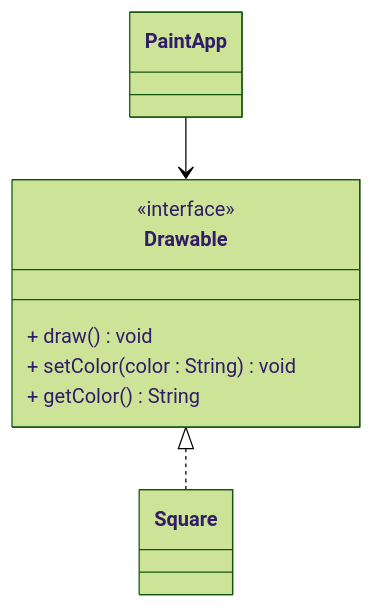
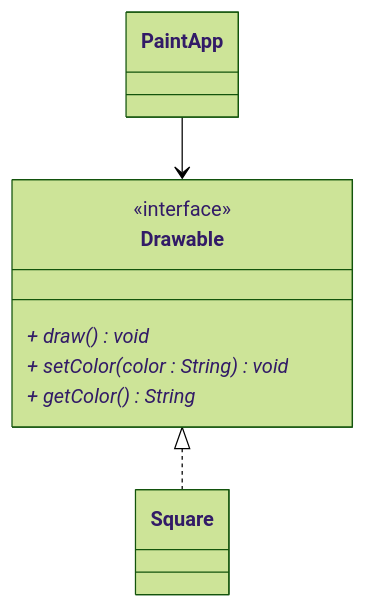
Before and after one commit to TroelsMortensen/Codelabs2: the fifth of 6 diagrams in Articles/Session 15 - Interfaces/003 Interfaces in UML.md, drawn with Mermaid (forest theme). The commit also changed other lines of this file and 6 other files, not shown here.

````diff
--- a/Articles/Session 15 - Interfaces/003 Interfaces in UML.md
+++ b/Articles/Session 15 - Interfaces/003 Interfaces in UML.md
@@ -71,16 +71,16 @@
 ```mermaid
 classDiagram
     class Drawable {
         <<interface>>
-        + draw() void
-        + setColor(color : String) void
-        + getColor() String
+        _+ draw() void_
+        _+ setColor(color : String) void_
+        _+ getColor() String_
     }
 
     class PaintApp{
 
     }
 
     PaintApp --> Drawable
     Drawable <|.. Square
 ```
````
